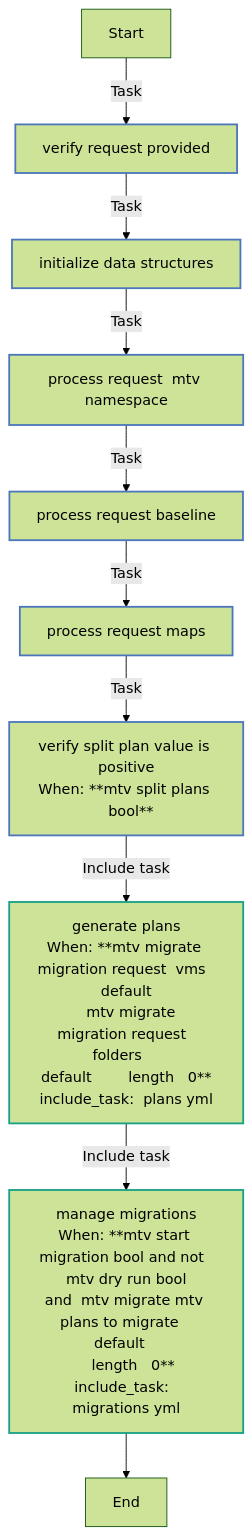
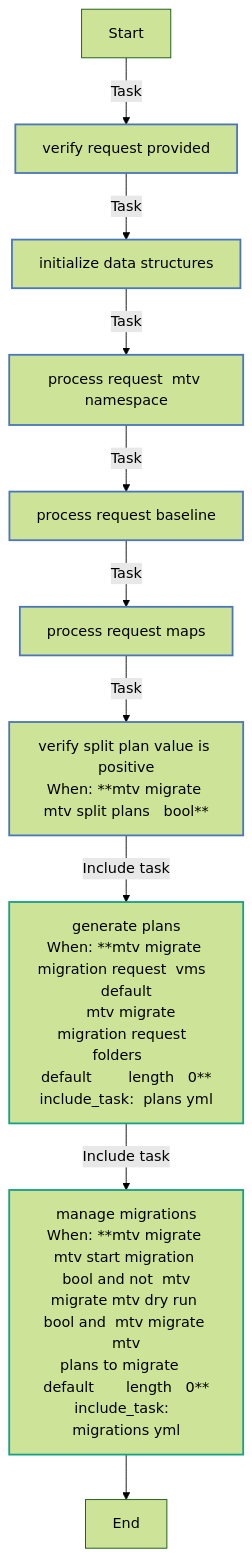
The sixth of 7 diagrams in roles/mtv_migrate/README.md (stevefulme1/openshift_virtualization_migration), drawn with Mermaid (forest theme) before and after one commit. The commit also changed other lines of this file and 51 other files, not shown here.

````diff
--- a/roles/mtv_migrate/README.md
+++ b/roles/mtv_migrate/README.md
@@ -529,22 +531,22 @@
 ```mermaid
 flowchart TD
 Start
 classDef block stroke:#3498db,stroke-width:2px;
 classDef task stroke:#4b76bb,stroke-width:2px;
 classDef includeTasks stroke:#16a085,stroke-width:2px;
 classDef importTasks stroke:#34495e,stroke-width:2px;
 classDef includeRole stroke:#2980b9,stroke-width:2px;
 classDef importRole stroke:#699ba7,stroke-width:2px;
 classDef includeVars stroke:#8e44ad,stroke-width:2px;
 classDef rescue stroke:#665352,stroke-width:2px;
 
   Start-->|Task| Verify_Request_Provided0[verify request provided]:::task
   Verify_Request_Provided0-->|Task| Initialize_Data_Structures1[initialize data structures]:::task
   Initialize_Data_Structures1-->|Task| Process_Request__MTV_Namespace_2[process request  mtv namespace ]:::task
   Process_Request__MTV_Namespace_2-->|Task| Process_Request__Baseline_3[process request  baseline ]:::task
   Process_Request__Baseline_3-->|Task| Process_Request__Maps_4[process request  maps ]:::task
-  Process_Request__Maps_4-->|Task| Verify_Split_Plan_Value_is_Positive5[verify split plan value is positive<br>When: **mtv split plans   bool**]:::task
+  Process_Request__Maps_4-->|Task| Verify_Split_Plan_Value_is_Positive5[verify split plan value is positive<br>When: **mtv migrate mtv split plans   bool**]:::task
   Verify_Split_Plan_Value_is_Positive5-->|Include task| Generate_Plans__plans_yml_6[generate plans<br>When: **mtv migrate migration request  vms     default   <br>   mtv migrate migration request  folders    <br>default        length   0**<br>include_task:  plans yml]:::includeTasks
-  Generate_Plans__plans_yml_6-->|Include task| Manage_Migrations__migrations_yml_7[manage migrations<br>When: **mtv start migration bool and not  mtv dry run bool<br>and  mtv migrate mtv plans to migrate   default   <br>   length   0**<br>include_task:  migrations yml]:::includeTasks
+  Generate_Plans__plans_yml_6-->|Include task| Manage_Migrations__migrations_yml_7[manage migrations<br>When: **mtv migrate mtv start migration bool and not  mtv<br>migrate mtv dry run bool and  mtv migrate mtv<br>plans to migrate   default       length   0**<br>include_task:  migrations yml]:::includeTasks
   Manage_Migrations__migrations_yml_7-->End
 ```
````
